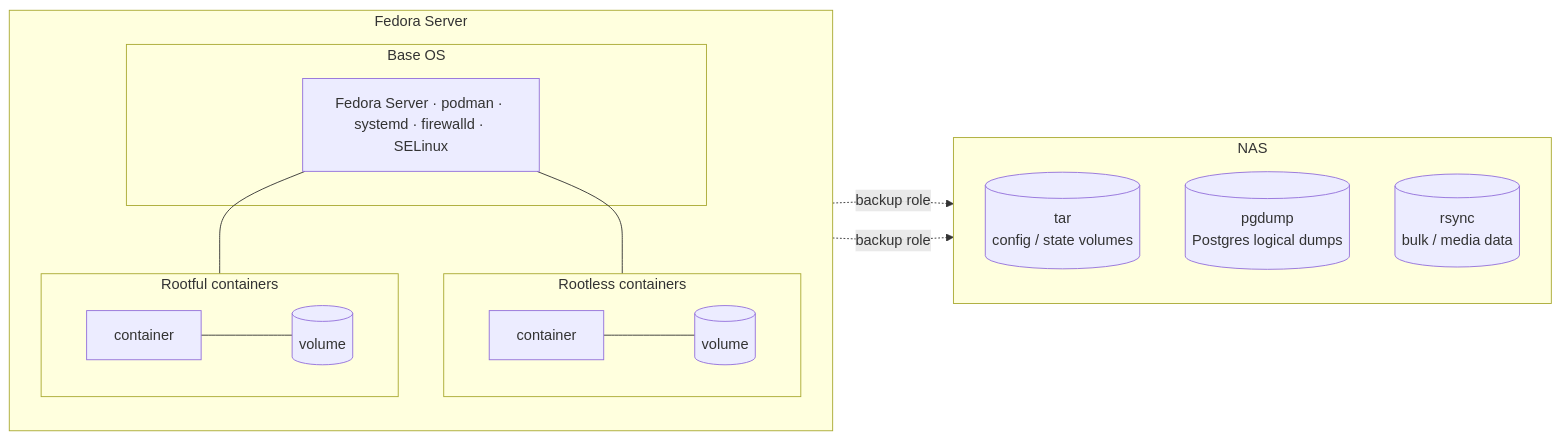
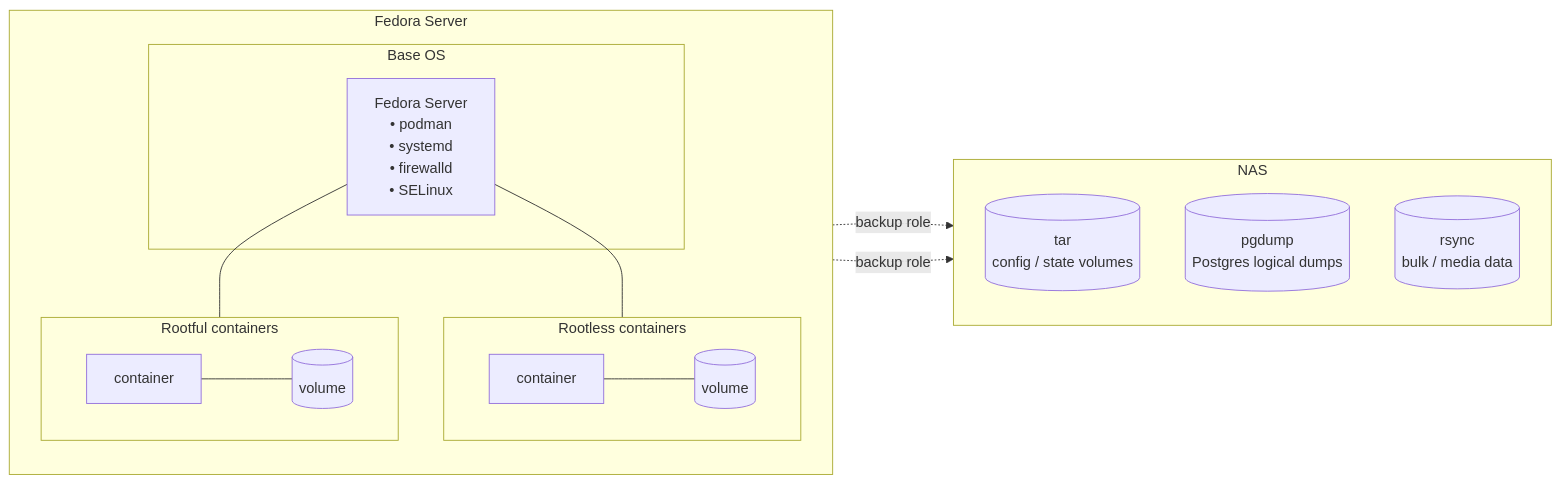
The diagram in README.md (luckynrslevin/home-server), drawn with Mermaid before and after one commit.

Commit message:
docs(readme): show base OS packages as a bullet list

````diff
--- a/README.md
+++ b/README.md
@@ -111,33 +111,33 @@
 ```mermaid
 graph LR
     subgraph HOST["Fedora Server"]
         direction TB
 
         subgraph ROOTFUL["Rootful containers"]
             direction LR
             RFC["container"] --- RFV[("volume")]
         end
 
         subgraph ROOTLESS["Rootless containers"]
             direction LR
             RLC["container"] --- RLV[("volume")]
         end
 
         subgraph OS["Base OS"]
-            KERNEL["Fedora Server · podman · systemd · firewalld · SELinux"]
+            KERNEL["Fedora Server<br/>• podman<br/>• systemd<br/>• firewalld<br/>• SELinux"]
         end
 
         KERNEL --- ROOTFUL
         KERNEL --- ROOTLESS
     end
 
     subgraph NAS["NAS"]
         direction TB
         TAR[("tar<br/>config / state volumes")]
         PGD[("pgdump<br/>Postgres logical dumps")]
         RSY[("rsync<br/>bulk / media data")]
     end
 
     ROOTFUL -. "backup role" .-> NAS
     ROOTLESS -. "backup role" .-> NAS
 ```
````
